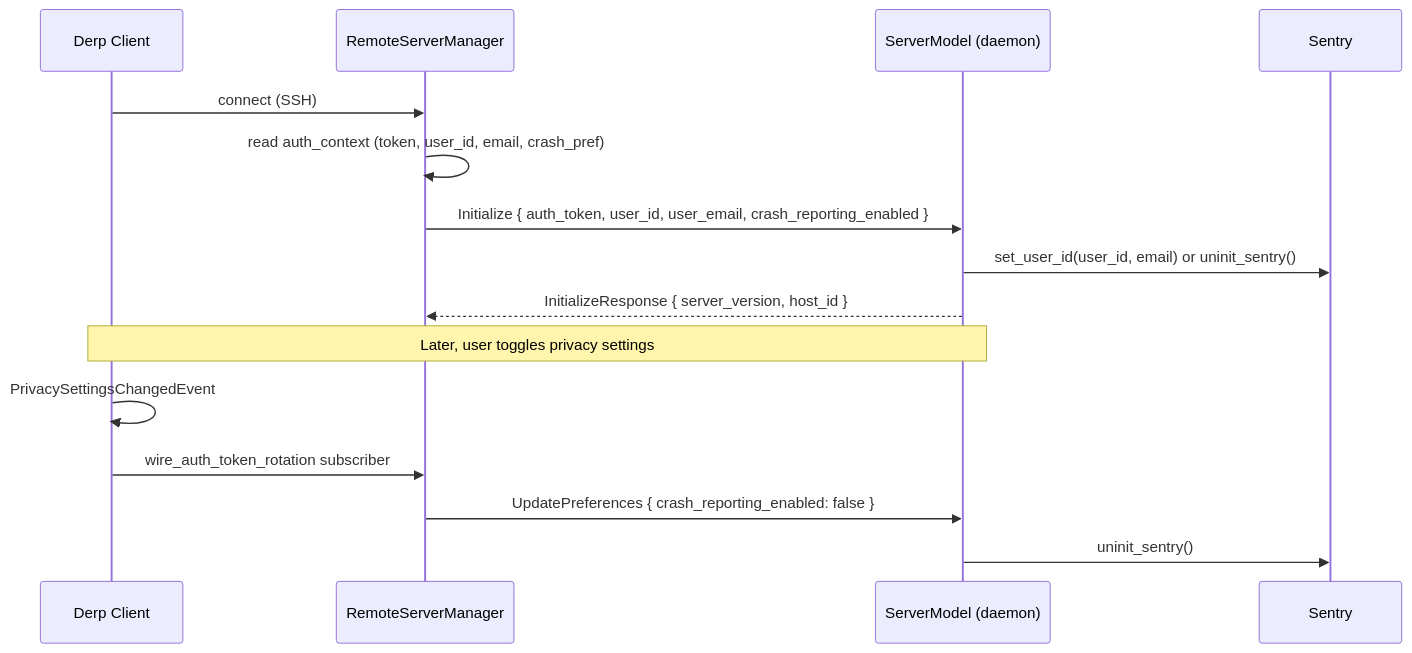
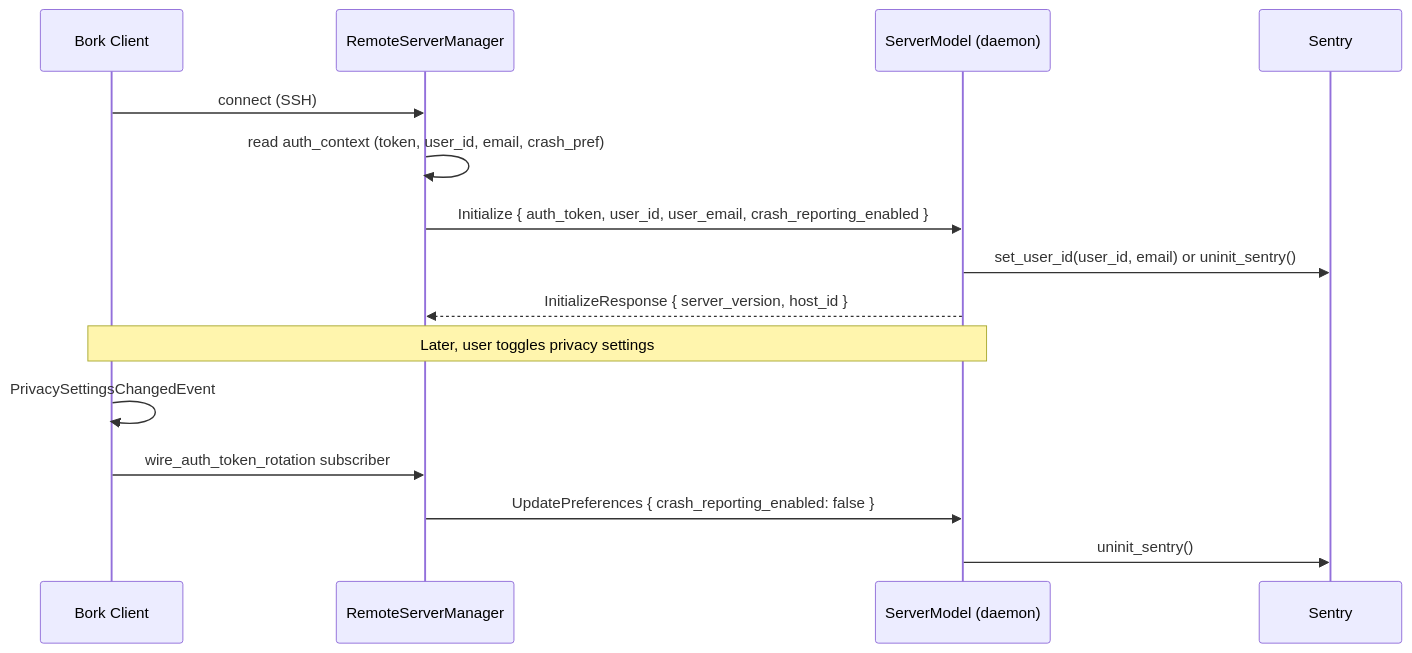
The diagram in specs/daemon-sentry-initialization/TECH.md (antikrust/krust-terminal), drawn with Mermaid before and after one commit. The commit also changed other lines of this file and 4477 other files, not shown here.

First line of the commit message:
Rebrand Derp -> Bork

````diff
--- a/specs/daemon-sentry-initialization/TECH.md
+++ b/specs/daemon-sentry-initialization/TECH.md
@@ -80,19 +80,19 @@
 ```mermaid
 sequenceDiagram
-    participant Client as Derp Client
+    participant Client as Bork Client
     participant Manager as RemoteServerManager
     participant Daemon as ServerModel (daemon)
     participant Sentry
 
     Client->>Manager: connect (SSH)
     Manager->>Manager: read auth_context (token, user_id, email, crash_pref)
     Manager->>Daemon: Initialize { auth_token, user_id, user_email, crash_reporting_enabled }
     Daemon->>Sentry: set_user_id(user_id, email) or uninit_sentry()
     Daemon-->>Manager: InitializeResponse { server_version, host_id }
 
     Note over Client,Daemon: Later, user toggles privacy settings
     Client->>Client: PrivacySettingsChangedEvent
     Client->>Manager: wire_auth_token_rotation subscriber
     Manager->>Daemon: UpdatePreferences { crash_reporting_enabled: false }
     Daemon->>Sentry: uninit_sentry()
 ```
````
